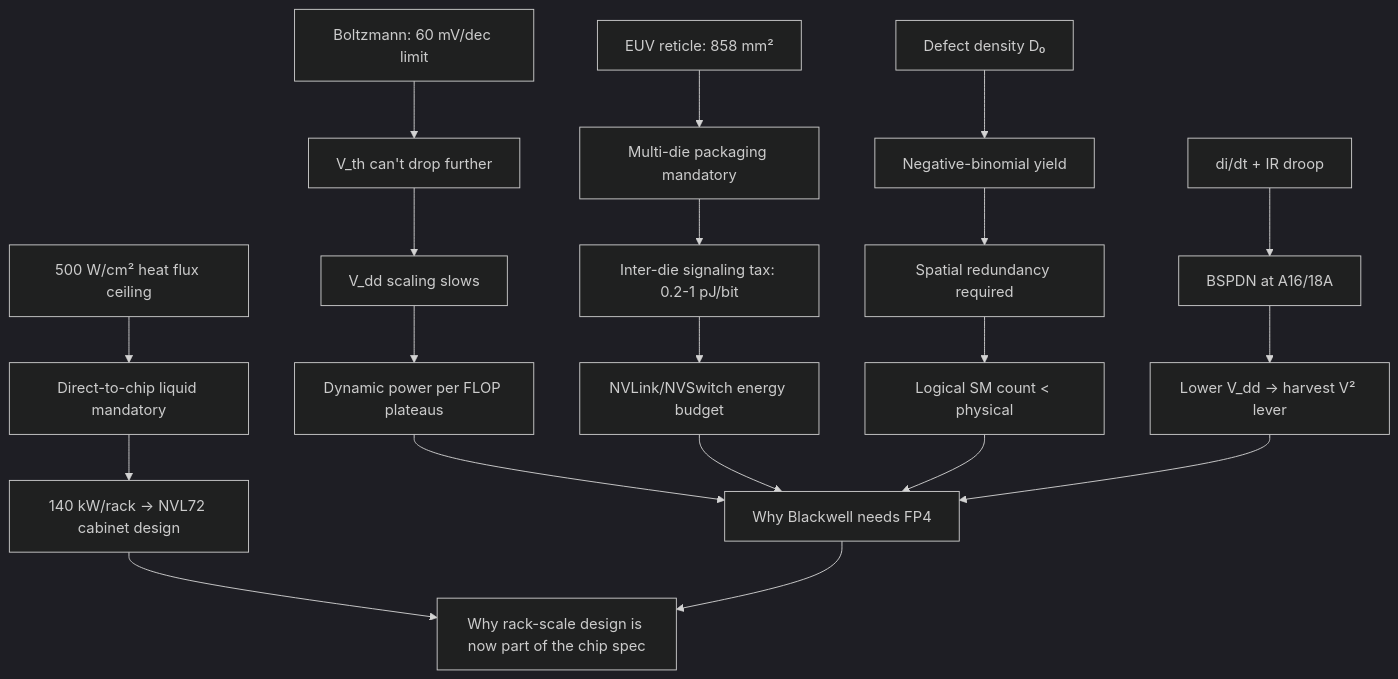
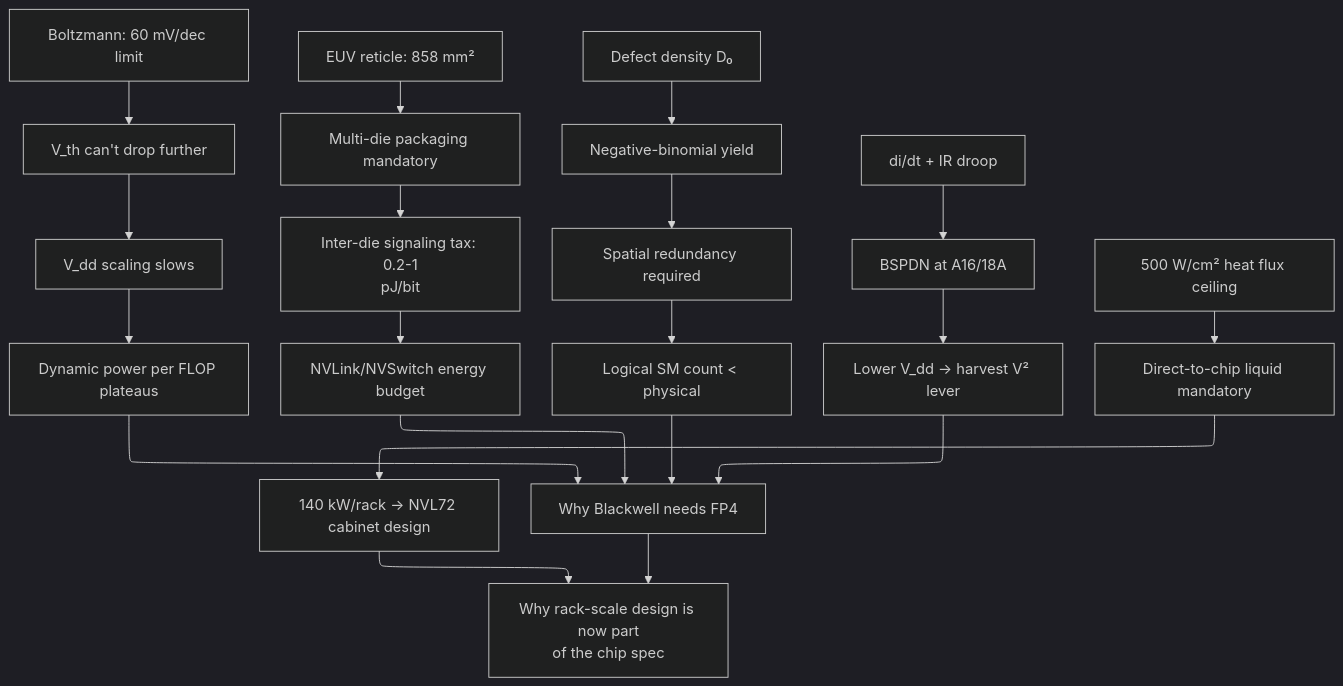
Before and after one commit to Wty2003328/ai_infra_intro: the seventh of 7 diagrams in ai_infra/L0_Silicon_and_Process/Silicon_For_AI.md, drawn with Mermaid (dark theme). The commit also changed other lines of this file and 108 other files, not shown here.

````diff
--- a/ai_infra/L0_Silicon_and_Process/Silicon_For_AI.md
+++ b/ai_infra/L0_Silicon_and_Process/Silicon_For_AI.md
@@ -716,27 +722,28 @@
 ```mermaid
+%%{init: {"flowchart": {"defaultRenderer": "elk", "nodeSpacing": 60, "rankSpacing": 60, "htmlLabels": false}}}%%
 flowchart TD
     A[Boltzmann: 60 mV/dec limit] --> B[V_th can't drop further]
     B --> C[V_dd scaling slows]
     C --> D[Dynamic power per FLOP plateaus]
 
     E[EUV reticle: 858 mm²] --> F[Multi-die packaging mandatory]
-    F --> G[Inter-die signaling tax: 0.2-1 pJ/bit]
+    F --> G[Inter-die signaling tax: 0.2-1<br/>pJ/bit]
     G --> H[NVLink/NVSwitch energy budget]
 
     I[Defect density D₀] --> J[Negative-binomial yield]
     J --> K[Spatial redundancy required]
     K --> L[Logical SM count < physical]
 
     M[di/dt + IR droop] --> N[BSPDN at A16/18A]
     N --> O[Lower V_dd → harvest V² lever]
 
     P[500 W/cm² heat flux ceiling] --> Q[Direct-to-chip liquid mandatory]
     Q --> R[140 kW/rack → NVL72 cabinet design]
 
     D --> S[Why Blackwell needs FP4]
     H --> S
     L --> S
     O --> S
-    R --> T[Why rack-scale design is now part of the chip spec]
+    R --> T[Why rack-scale design is now part<br/>of the chip spec]
     S --> T
 ```
````
